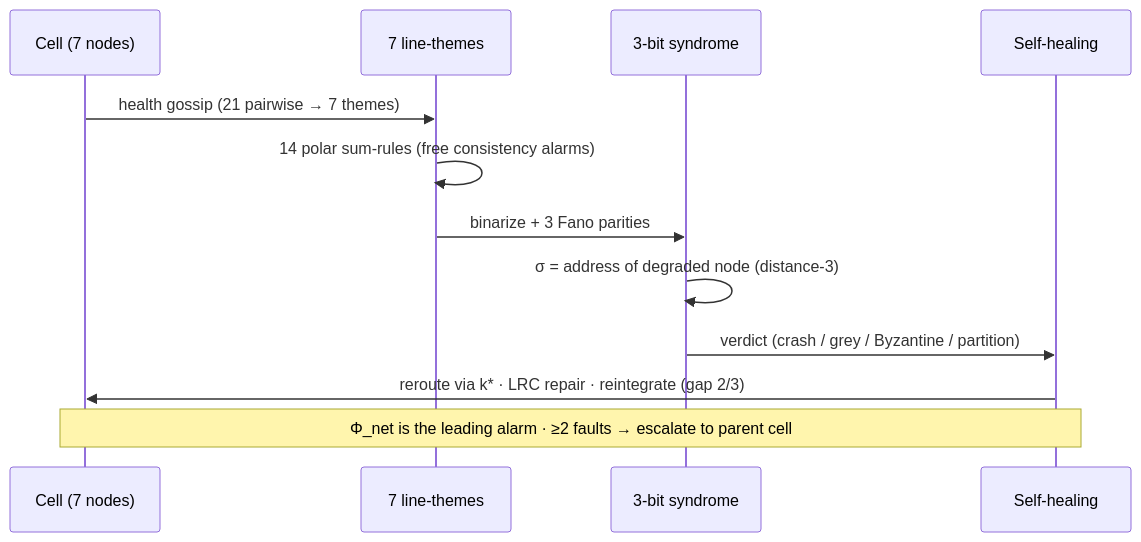
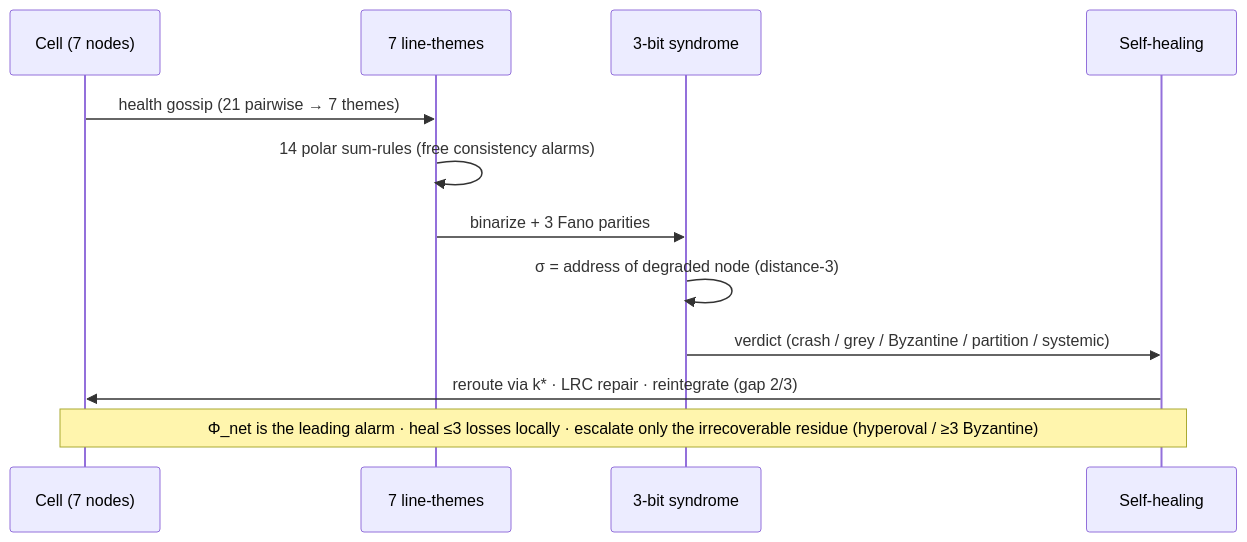
Before and after one commit to old8man/fanos-protocol: the sixth of 8 diagrams in spec/protocol.md, drawn with Mermaid. The commit also changed other lines of this file and 7 other files, not shown here.

````diff
--- a/spec/protocol.md
+++ b/spec/protocol.md
@@ -636,14 +642,14 @@
 ```mermaid
 sequenceDiagram
     participant Cell as Cell (7 nodes)
     participant Lines as 7 line-themes
     participant Synd as 3-bit syndrome
     participant Heal as Self-healing
     Cell->>Lines: health gossip (21 pairwise → 7 themes)
     Lines->>Lines: 14 polar sum-rules (free consistency alarms)
     Lines->>Synd: binarize + 3 Fano parities
     Synd->>Synd: σ = address of degraded node (distance-3)
-    Synd->>Heal: verdict (crash / grey / Byzantine / partition)
+    Synd->>Heal: verdict (crash / grey / Byzantine / partition / systemic)
     Heal->>Cell: reroute via k* · LRC repair · reintegrate (gap 2/3)
-    Note over Cell,Heal: Φ_net is the leading alarm · ≥2 faults → escalate to parent cell
+    Note over Cell,Heal: Φ_net is the leading alarm · heal ≤3 losses locally · escalate only the irrecoverable residue (hyperoval / ≥3 Byzantine)
 ```
````
